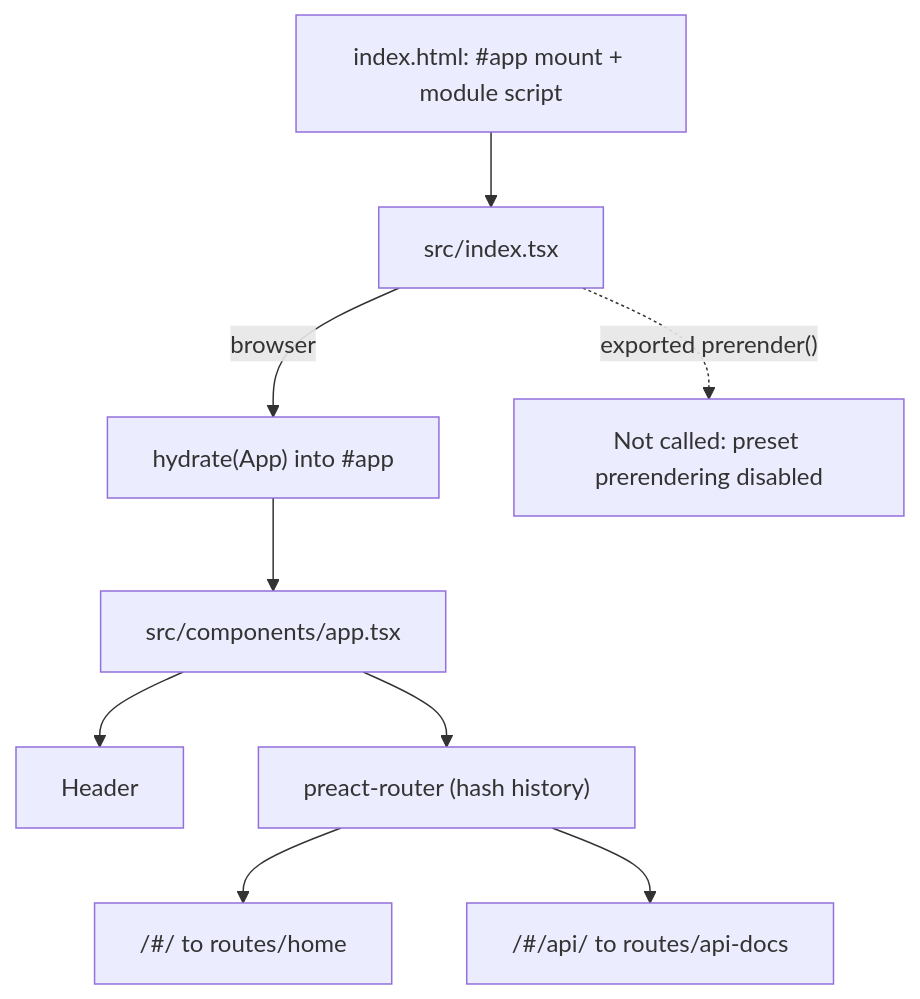
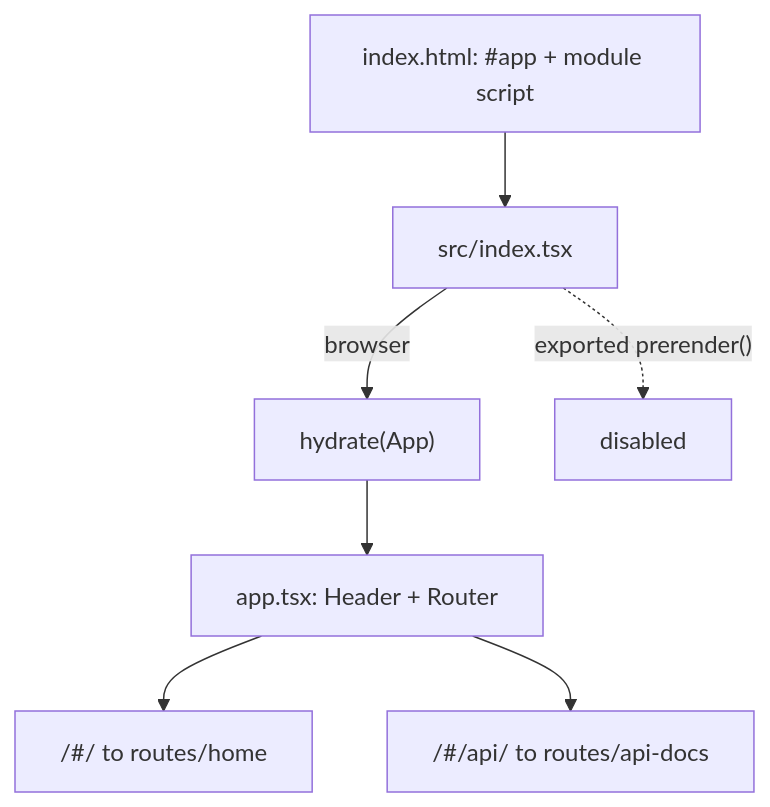
One commit to OpenGIS/terra-draw-website changed the diagram in documentation/2.architecture.md. Above: the diagram before and after it, drawn with Mermaid. The commit also changed other lines of this file and 17 other files, not shown here.

````diff
--- a/documentation/2.architecture.md
+++ b/documentation/2.architecture.md
@@ -48,11 +27,8 @@
 ```mermaid
 flowchart TD
-    HTML["index.html: #app mount + module script"] --> Entry["src/index.tsx"]
-    Entry -->|"browser"| Hydrate["hydrate(App) into #app"]
-    Entry -.->|"exported prerender()"| Inert["Not called: preset prerendering disabled"]
-    Hydrate --> App["src/components/app.tsx"]
-    App --> Header["Header"]
-    App --> Router["preact-router (hash history)"]
-    Router --> Home["/#/ to routes/home"]
-    Router --> Api["/#/api/ to routes/api-docs"]
+    HTML["index.html: #app + module script"] --> Entry["src/index.tsx"]
+    Entry -->|browser| Hydrate["hydrate(App)"]
+    Entry -.->|"exported prerender()"| Inert["disabled"]
+    Hydrate --> App["app.tsx: Header + Router"]
+    App --> Home["/#/ to routes/home"] & Api["/#/api/ to routes/api-docs"]
 ```
````
